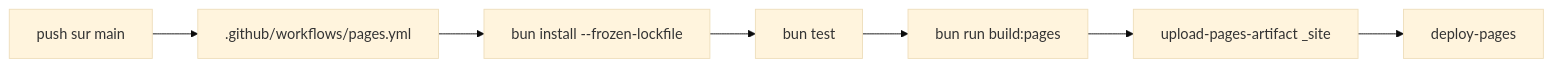
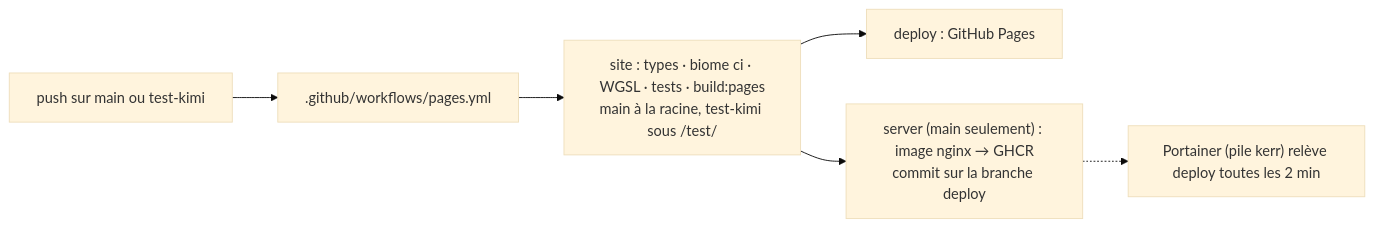
Before and after one commit to TheSamLePirate/black-hole-gpu: the third of 3 diagrams in docs/systemes/09-jeu-audio-outils-build.md, drawn with Mermaid (base theme). The commit also changed other lines of this file and 19 other files, not shown here.

````diff
--- a/docs/systemes/09-jeu-audio-outils-build.md
+++ b/docs/systemes/09-jeu-audio-outils-build.md
@@ -344,5 +346,8 @@
 ```mermaid
 flowchart LR
-  push["push sur main"] --> CI[".github/workflows/pages.yml"]
-  CI --> I["bun install --frozen-lockfile"] --> T["bun test"] --> B["bun run build:pages"] --> U["upload-pages-artifact _site"] --> D["deploy-pages"]
+  push["push sur main ou test-kimi"] --> CI[".github/workflows/pages.yml"]
+  CI --> V["site : types · biome ci · WGSL · tests · build:pages<br/>main à la racine, test-kimi sous /test/"]
+  V --> D["deploy : GitHub Pages"]
+  V --> S["server (main seulement) : image nginx → GHCR<br/>commit sur la branche deploy"]
+  S -.-> P["Portainer (pile kerr) relève deploy toutes les 2 min"]
 ```
````
